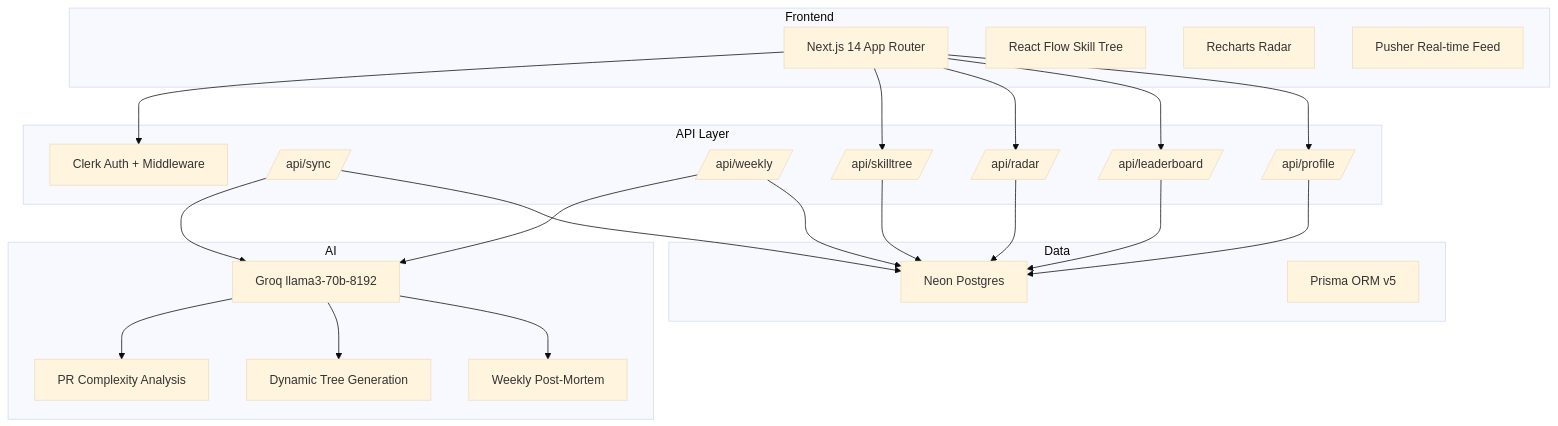
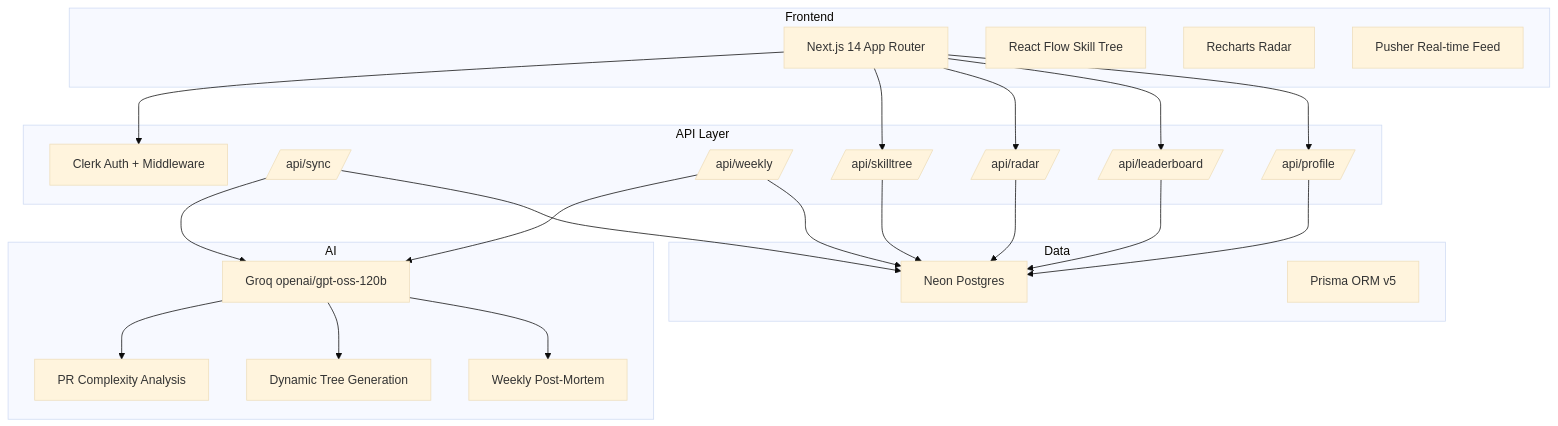
Before and after one commit to x-TheFox/Systemic: the first of 2 diagrams in README.md, drawn with Mermaid (base theme). The commit also changed other lines of this file and 14 other files, not shown here.

````diff
--- a/README.md
+++ b/README.md
@@ -62,48 +62,48 @@
 ```mermaid
 graph TB
     subgraph "Frontend"
         A[Next.js 14 App Router]
         B[React Flow Skill Tree]
         C[Recharts Radar]
         D[Pusher Real-time Feed]
     end
 
     subgraph "API Layer"
         E[Clerk Auth + Middleware]
         F[/api/sync/]
         G[/api/weekly/]
         H[/api/skilltree/]
         I[/api/radar/]
         J[/api/leaderboard/]
         K[/api/profile/]
     end
 
     subgraph "AI"
-        L[Groq llama3-70b-8192]
+        L[Groq openai/gpt-oss-120b]
         M[PR Complexity Analysis]
         N[Dynamic Tree Generation]
         O[Weekly Post-Mortem]
     end
 
     subgraph "Data"
         P[Neon Postgres]
         Q[Prisma ORM v5]
     end
 
     A --> E
     A --> H
     A --> I
     A --> J
     A --> K
     F --> L
     F --> P
     G --> L
     G --> P
     H --> P
     I --> P
     J --> P
     K --> P
     L --> M
     L --> N
     L --> O
 ```
````
